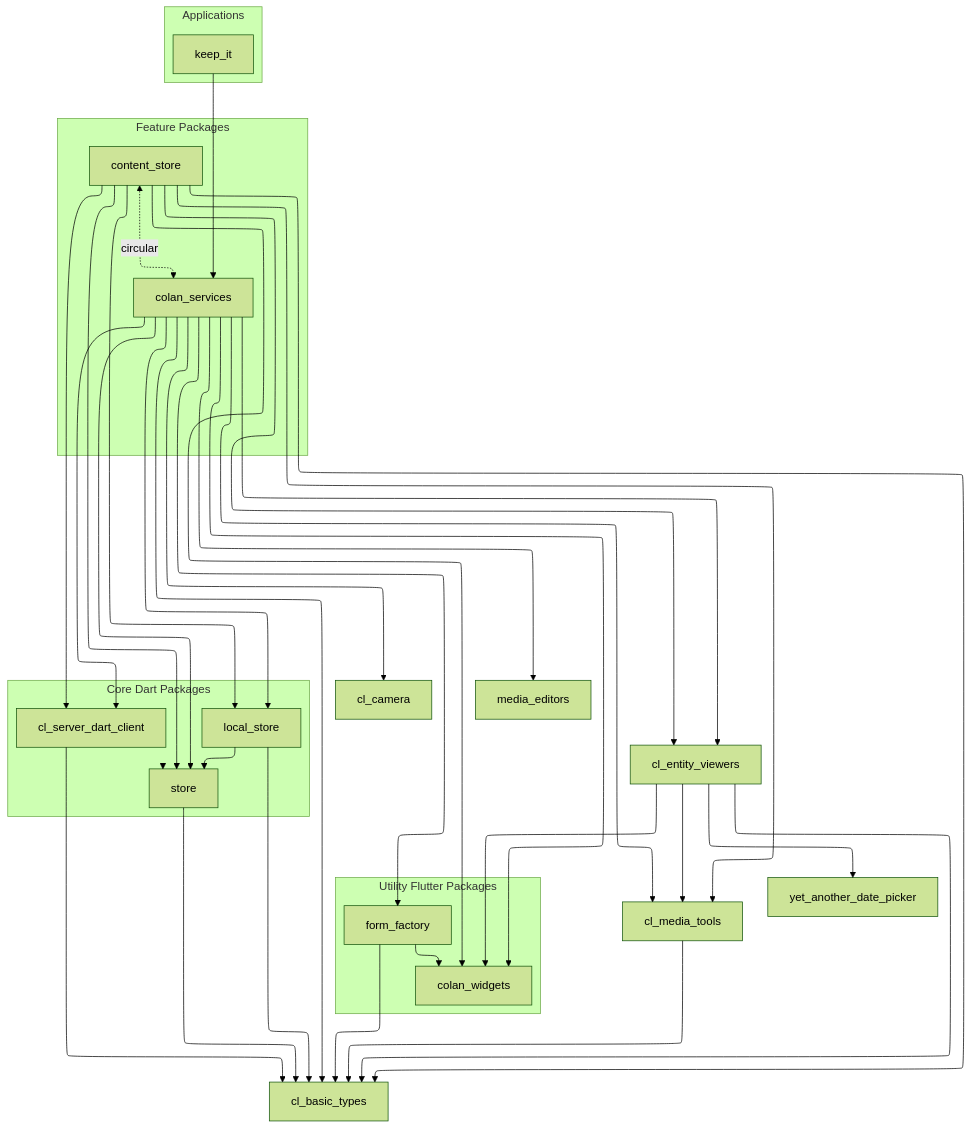
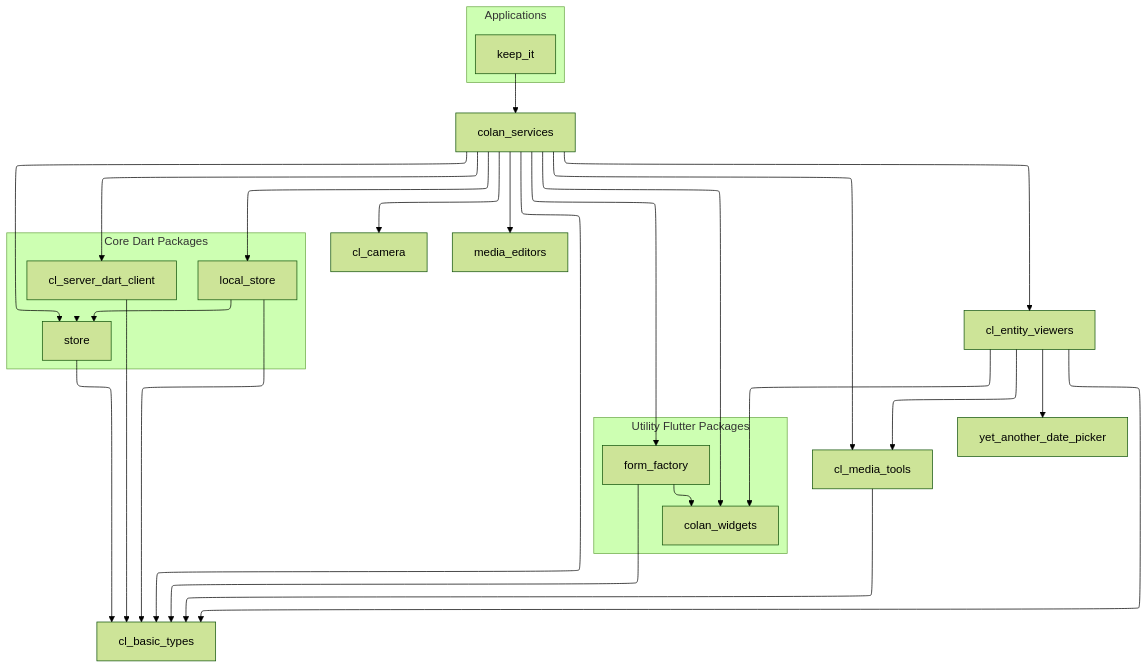
The diagram in docs/keep_it_graph.mmd (cloudonlanapps/keep_it_package), drawn with Mermaid (forest theme) before and after one commit. The commit also changed 82 other files, not shown here.

Commit message:
feat: migrate content_store package into colan_services and refactor entity viewer common components.

```diff
--- a/docs/keep_it_graph.mmd
+++ b/docs/keep_it_graph.mmd
@@ -1,90 +1,79 @@
 %%{init: {'flowchart': {'defaultRenderer': 'elk'}} }%%
 graph TD
      basic_types["cl_basic_types"]
     subgraph "Core Dart Packages"
        
         store["store"]
         dart_client["cl_server_dart_client"]
         local_store["local_store"]
     end
 
     subgraph "Utility Flutter Packages"
         colan_widgets["colan_widgets"]
         
         
         
         form_factory["form_factory"]
         
     end
 
-    subgraph "Feature Packages"
-        
-        content_store["content_store"]
-        services["colan_services"]
-    end
+   
+    services["colan_services"]
 
     subgraph "Applications"
         keep_it["keep_it"]
        %%  face_it["face_it_desktop"]
     end
     camera["cl_camera"]
     media_editors["media_editors"]
     entity_viewers["cl_entity_viewers"]
     media_tools["cl_media_tools"]
     date_picker["yet_another_date_picker"]
 
 
     %% Core Dependencies
     store --> basic_types
     dart_client --> basic_types
     dart_client --> store
     local_store --> basic_types
     local_store --> store
 
     %% Utility Dependencies
     media_tools --> basic_types
     form_factory --> basic_types
     form_factory --> colan_widgets
 
     %% Feature Dependencies
     entity_viewers --> basic_types
     entity_viewers --> media_tools
     entity_viewers --> colan_widgets
     entity_viewers --> date_picker
 
-    %% content_store Dependencies
-    content_store --> basic_types
-    content_store --> entity_viewers
-    content_store --> media_tools
-    content_store --> dart_client
-    content_store --> colan_widgets
-    content_store --> local_store
-    content_store --> store
+  
     
     
     %% colan_services Dependencies
     services --> basic_types
     services --> camera
     services --> entity_viewers
     services --> media_tools
     services --> dart_client
     services --> colan_widgets
     services --> form_factory
     services --> local_store
     services --> media_editors
     services --> store
 
-    %% Circular Dependency Note
-    content_store <-. circular .-> services
+   
 
     %% App Dependencies
     keep_it --> services
    
 
     %% face_it --> basic_types
     %% face_it --> services
     %% face_it --> colan_widgets
     %% face_it --> content_store
     %% face_it --> store
 
     linkStyle 2 stroke-width:0px;
```
